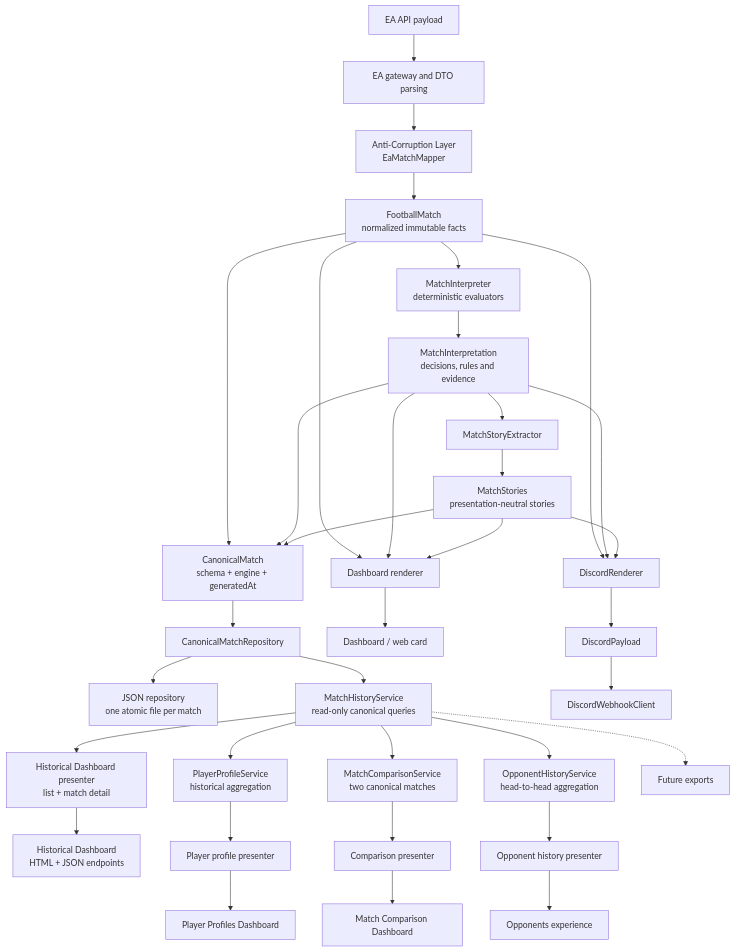
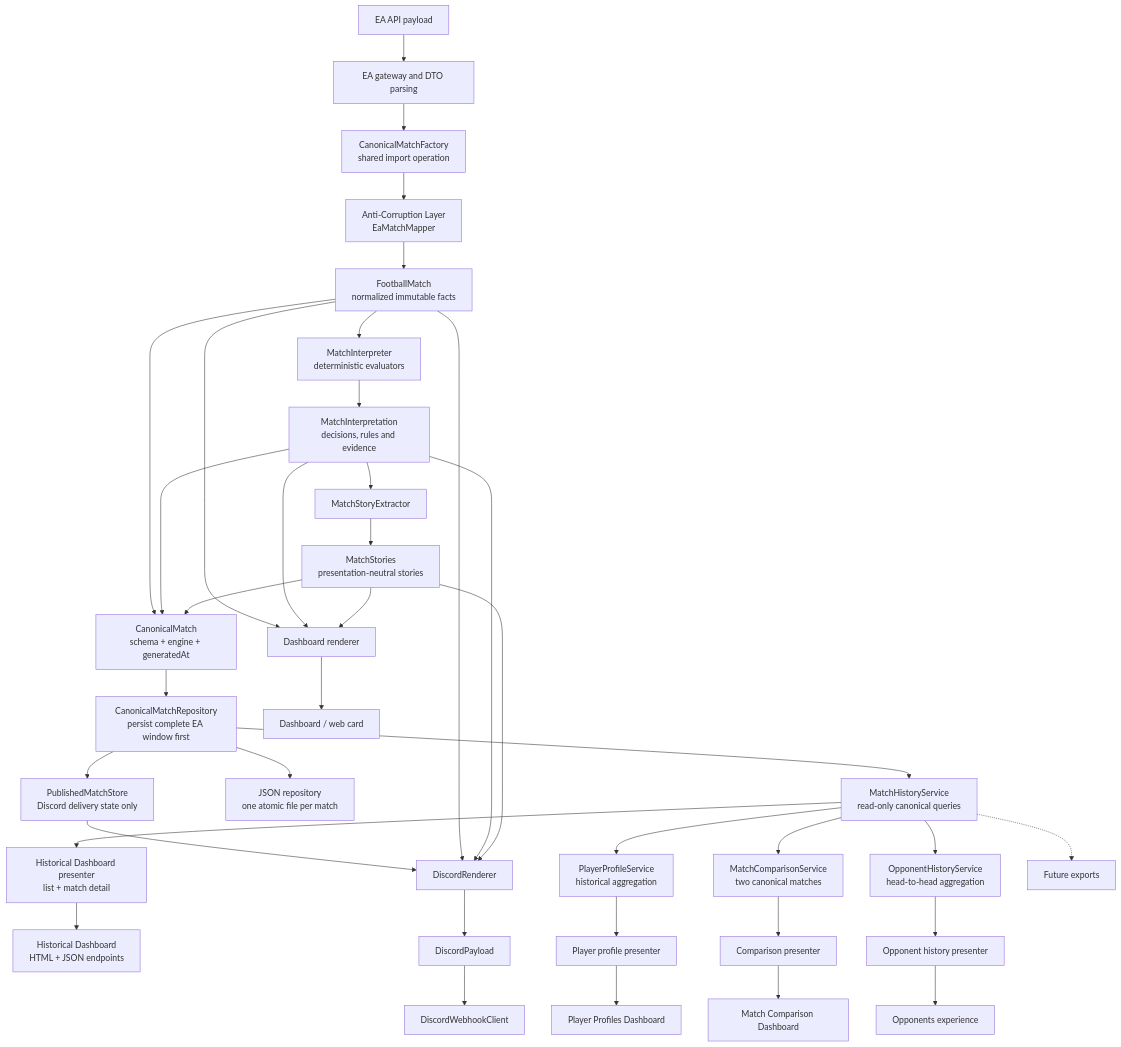
Before and after one commit to douglas-borba/eafc26-discord-stats: the diagram in docs/architecture.md, drawn with Mermaid. The commit also changed other lines of this file and 17 other files, not shown here.

Commit message:
feat: persist complete canonical match window

````diff
--- a/docs/architecture.md
+++ b/docs/architecture.md
@@ -13,37 +13,40 @@
 ```mermaid
 flowchart TD
     EA["EA API payload"] --> GW["EA gateway and DTO parsing"]
-    GW --> ACL["Anti-Corruption Layer<br/>EaMatchMapper"]
+    GW --> FACTORY["CanonicalMatchFactory<br/>shared import operation"]
+    FACTORY --> ACL["Anti-Corruption Layer<br/>EaMatchMapper"]
     ACL --> FM["FootballMatch<br/>normalized immutable facts"]
     FM --> MI["MatchInterpreter<br/>deterministic evaluators"]
     MI --> INT["MatchInterpretation<br/>decisions, rules and evidence"]
     INT --> SE["MatchStoryExtractor"]
     SE --> MS["MatchStories<br/>presentation-neutral stories"]
     FM --> CM["CanonicalMatch<br/>schema + engine + generatedAt"]
     INT --> CM
     MS --> CM
-    CM --> PORT["CanonicalMatchRepository"]
+    CM --> PORT["CanonicalMatchRepository<br/>persist complete EA window first"]
+    PORT --> DEDUP["PublishedMatchStore<br/>Discord delivery state only"]
+    DEDUP --> DISC
     PORT --> JSON["JSON repository<br/>one atomic file per match"]
     PORT --> HIST["MatchHistoryService<br/>read-only canonical queries"]
     HIST --> HDASH["Historical Dashboard presenter<br/>list + match detail"]
     HDASH --> HWEB["Historical Dashboard<br/>HTML + JSON endpoints"]
     HIST --> PROFILE["PlayerProfileService<br/>historical aggregation"]
     PROFILE --> PVIEW["Player profile presenter"]
     PVIEW --> PWEB["Player Profiles Dashboard"]
     HIST --> COMP["MatchComparisonService<br/>two canonical matches"]
     COMP --> CVIEW["Comparison presenter"]
     CVIEW --> CWEB["Match Comparison Dashboard"]
     HIST --> OPP["OpponentHistoryService<br/>head-to-head aggregation"]
     OPP --> OVIEW["Opponent history presenter"]
     OVIEW --> OWEB["Opponents experience"]
     HIST -.-> EXPORT["Future exports"]
     FM --> DASH["Dashboard renderer"]
     INT --> DASH
     MS --> DASH
     FM --> DISC["DiscordRenderer"]
     INT --> DISC
     MS --> DISC
     DASH --> WEB["Dashboard / web card"]
     DISC --> PAYLOAD["DiscordPayload"]
     PAYLOAD --> HOOK["DiscordWebhookClient"]
 ```
````
